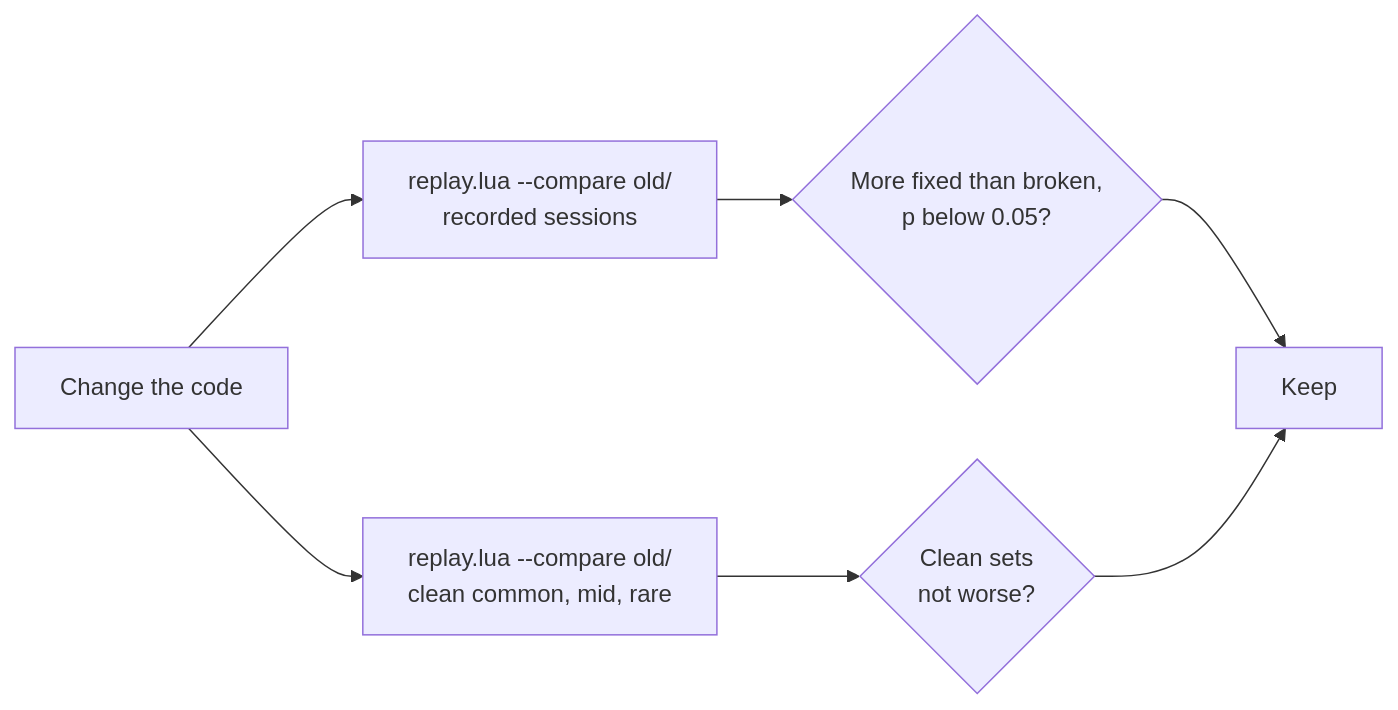
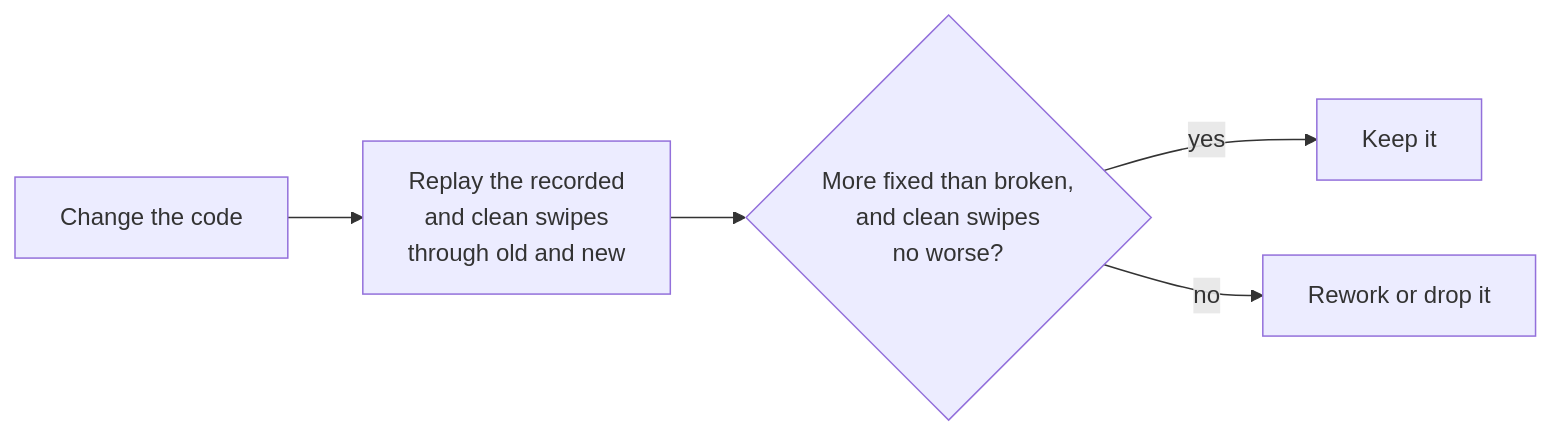
One commit to Pixxel123/tapless.koplugin changed the sixth of 6 diagrams in README.md. Above: the diagram before and after it, drawn with Mermaid. The commit also changed other lines of this file, not shown here.

First line of the commit message:
Simplify the README's diagrams

````diff
--- a/README.md
+++ b/README.md
@@ -703,9 +689,7 @@
 ```mermaid
 flowchart LR
-    A["Change the code"] --> B["replay.lua --compare old/<br/>recorded sessions"]
-    A --> C["replay.lua --compare old/<br/>clean common, mid, rare"]
-    B --> D{"More fixed than broken,<br/>p below 0.05?"}
-    C --> E{"Clean sets<br/>not worse?"}
-    D --> F["Keep"]
-    E --> F
+    A["Change the code"] --> B["Replay the recorded<br/>and clean swipes<br/>through old and new"]
+    B --> C{"More fixed than broken,<br/>and clean swipes<br/>no worse?"}
+    C -->|yes| D["Keep it"]
+    C -->|no| E["Rework or drop it"]
 ```
````
